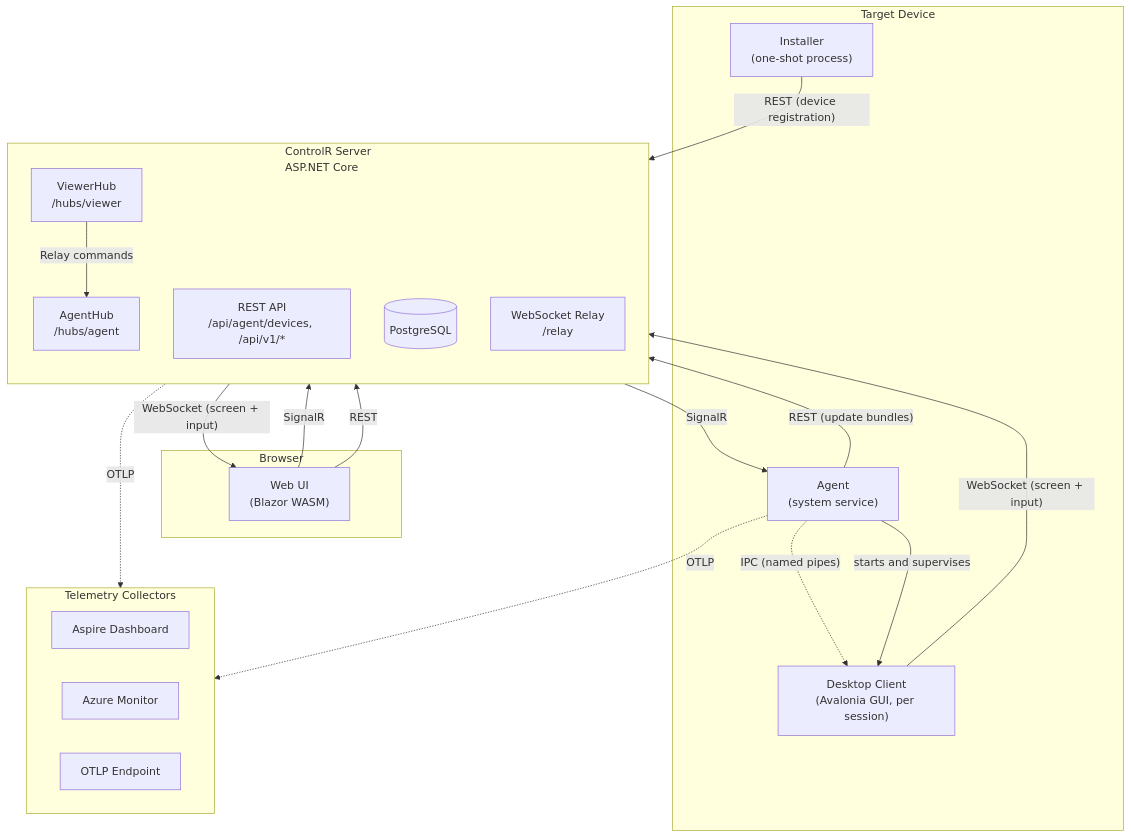
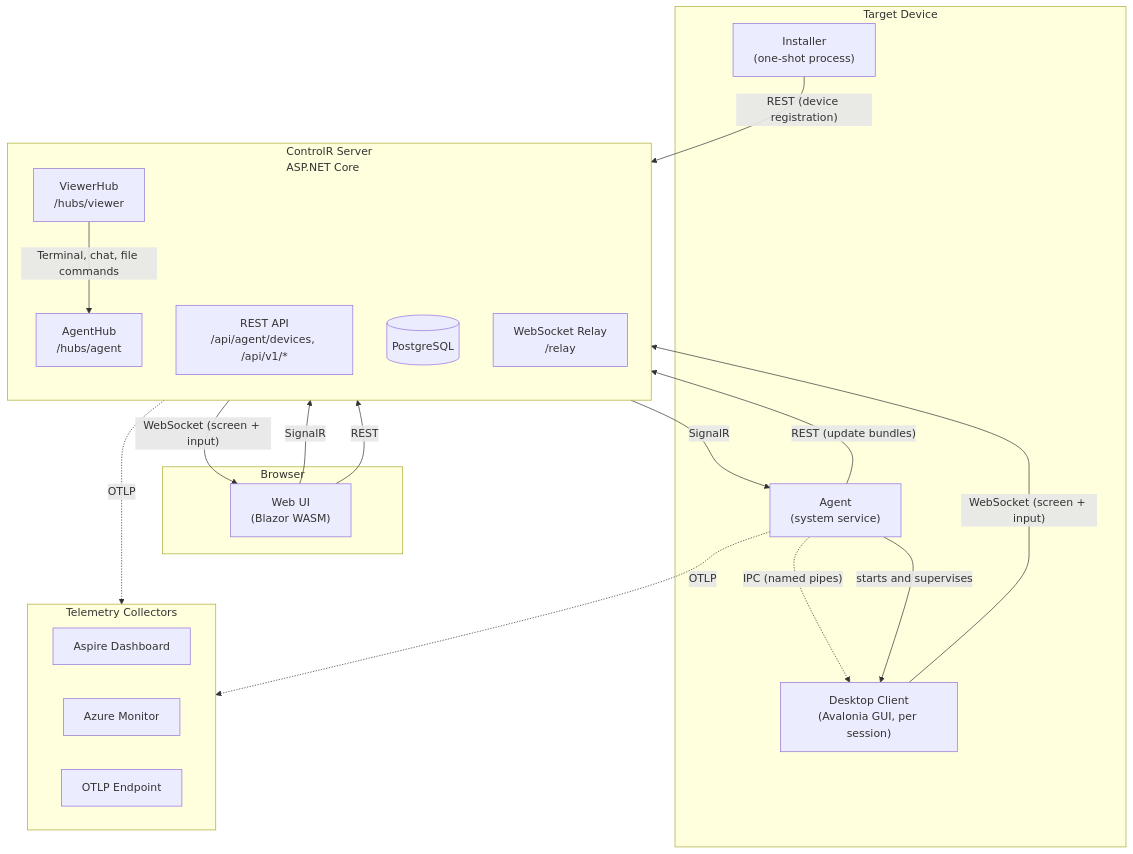
Before and after one commit to bitbound/controlr-docs: the second of 2 diagrams in docs/architecture.md, drawn with Mermaid. The commit also changed other lines of this file and 5 other files, not shown here.

````diff
--- a/docs/architecture.md
+++ b/docs/architecture.md
@@ -22,43 +22,43 @@
 ```mermaid
 flowchart TD
     subgraph Browser["Browser"]
         Viewer["Web UI<br/>(Blazor WASM)"]
     end
 
     subgraph Server["ControlR Server<br/>ASP.NET Core"]
         direction TB
         VHub["ViewerHub<br/>/hubs/viewer"]
         AHub["AgentHub<br/>/hubs/agent"]
         REST["REST API<br/>/api/agent/devices, /api/v1/*"]
         DB[("PostgreSQL")]
         Relay["WebSocket Relay<br/>/relay"]
     end
 
     subgraph Device["Target Device"]
         Agent["Agent<br/>(system service)"]
         Installer["Installer<br/>(one-shot process)"]
         Desktop["Desktop Client<br/>(Avalonia GUI, per session)"]
 
         Agent -.->|"IPC (named pipes)"| Desktop
     end
 
     subgraph Telemetry["Telemetry Collectors"]
         Aspire["Aspire Dashboard"]
         Azure["Azure Monitor"]
         OTLP["OTLP Endpoint"]
     end
 
     Viewer -->|"SignalR"| VHub
     Viewer -->|"REST"| REST
-    VHub -->|"Relay commands"| AHub
+    VHub -->|"Terminal, chat, file commands"| AHub
     AHub -->|"SignalR"| Agent
     Agent -->|"REST (update bundles)"| REST
     Installer -->|"REST (device registration)"| REST
     Agent -->|starts and supervises| Desktop
 
     Desktop -->|"WebSocket (screen + input)"| Relay
     Relay -->|"WebSocket (screen + input)"| Viewer
 
     Agent -.->|"OTLP"| Telemetry
     Server -.->|"OTLP"| Telemetry
 ```
````
